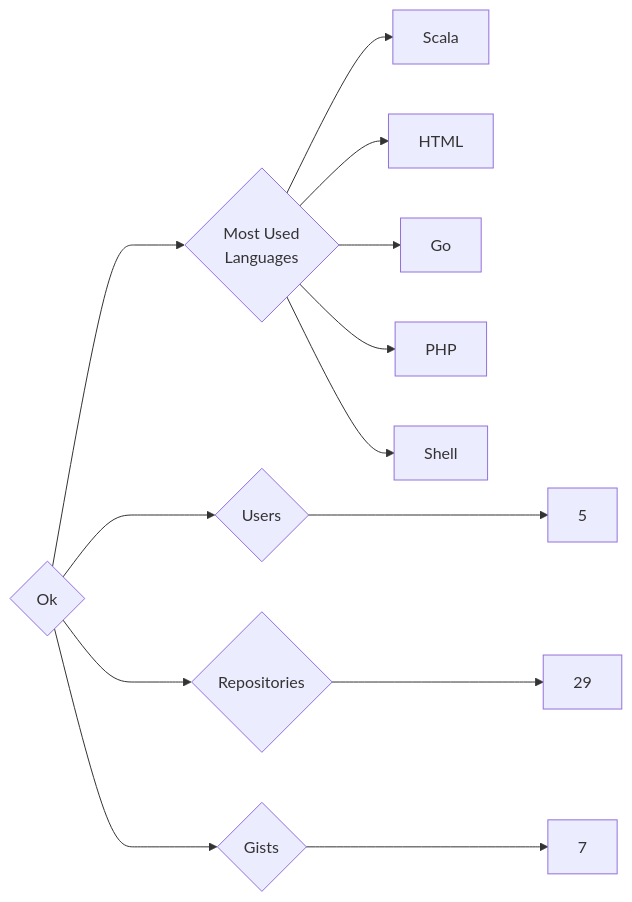
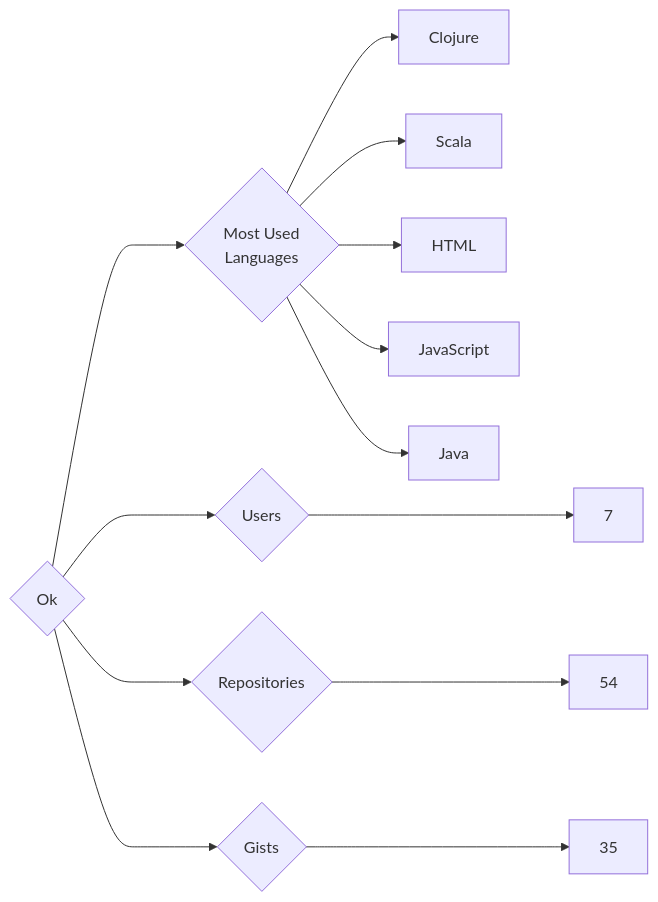
Before and after one commit to trickest/insiders: the diagram in targets/Ok/README.md, drawn with Mermaid. The commit also changed 695 other files, not shown here.

````diff
--- a/targets/Ok/README.md
+++ b/targets/Ok/README.md
@@ -3,13 +3,13 @@
 ```mermaid
 graph LR
 COMPANY_NAME{Ok}
-COMPANY_NAME ---> U{Users} ---> UN[5]
-COMPANY_NAME ---> R{Repositories} ---> RN[29]
-COMPANY_NAME ---> G{Gists} ---> GN[7]
+COMPANY_NAME ---> U{Users} ---> UN[7]
+COMPANY_NAME ---> R{Repositories} ---> RN[54]
+COMPANY_NAME ---> G{Gists} ---> GN[35]
 COMPANY_NAME ---> ML{Most Used<br>Languages}
+ML --> Clojure[Clojure]
 ML --> Scala[Scala]
 ML --> HTML[HTML]
-ML --> Go[Go]
-ML --> PHP[PHP]
-ML --> Shell[Shell]
+ML --> JavaScript[JavaScript]
+ML --> Java[Java]
 ```
````
